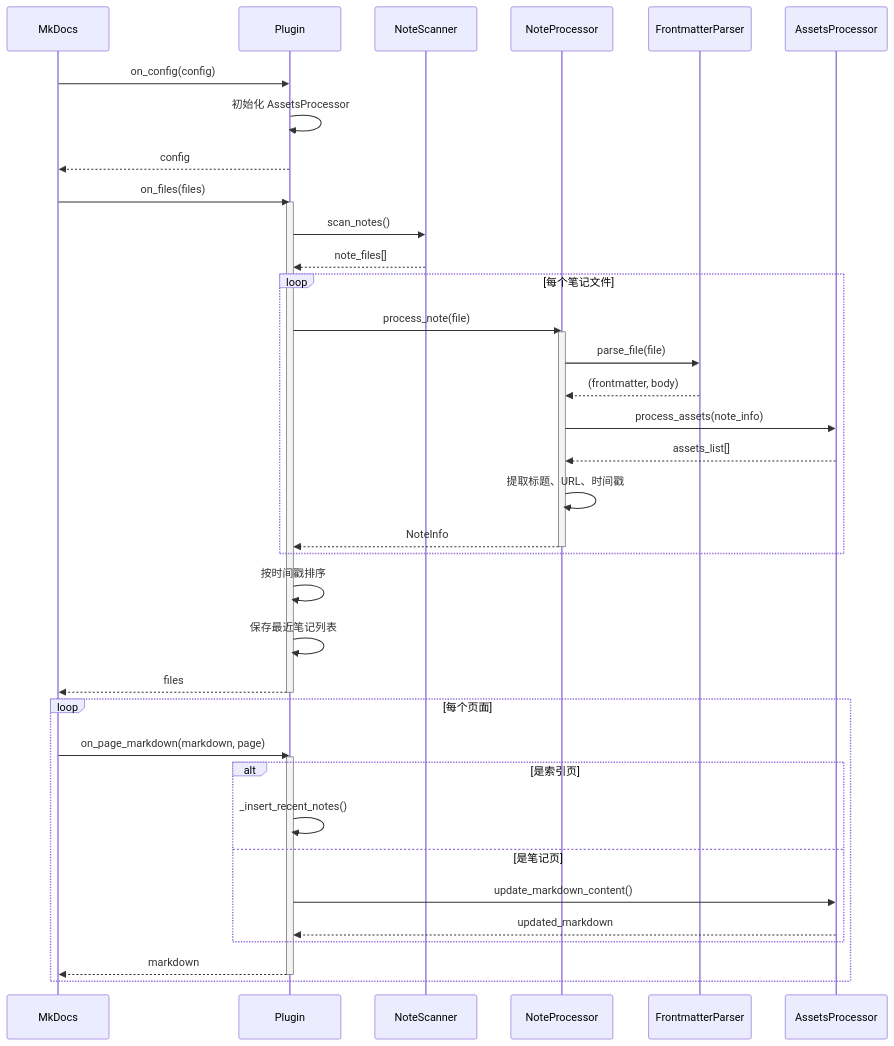
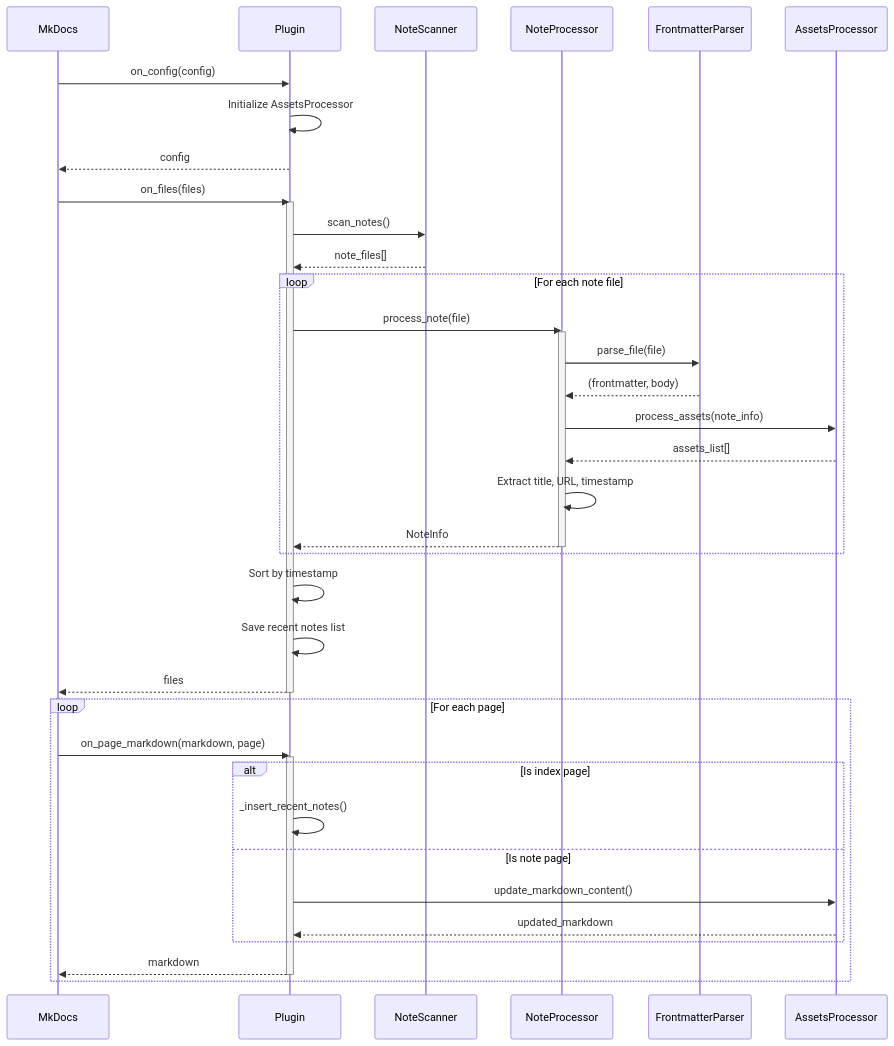
One commit to virtualguard101/mkdocs-note changed the seventh of 9 diagrams in docs/contributing/architecture.md. Above: the diagram before and after it, drawn with Mermaid. The commit also changed other lines of this file and 3 other files, not shown here.

````diff
--- a/docs/contributing/architecture.md
+++ b/docs/contributing/architecture.md
@@ -534,54 +524,54 @@
 ```mermaid
 sequenceDiagram
     participant MkDocs
     participant Plugin
     participant Scanner as NoteScanner
     participant Processor as NoteProcessor
     participant FMParser as FrontmatterParser
     participant AssetsProc as AssetsProcessor
     
     MkDocs->>Plugin: on_config(config)
-    Plugin->>Plugin: 初始化 AssetsProcessor
+    Plugin->>Plugin: Initialize AssetsProcessor
     Plugin-->>MkDocs: config
     
     MkDocs->>Plugin: on_files(files)
     activate Plugin
     
     Plugin->>Scanner: scan_notes()
     Scanner-->>Plugin: note_files[]
     
-    loop 每个笔记文件
+    loop For each note file
         Plugin->>Processor: process_note(file)
         activate Processor
         
         Processor->>FMParser: parse_file(file)
         FMParser-->>Processor: (frontmatter, body)
         
         Processor->>AssetsProc: process_assets(note_info)
         AssetsProc-->>Processor: assets_list[]
         
-        Processor->>Processor: 提取标题、URL、时间戳
+        Processor->>Processor: Extract title, URL, timestamp
         Processor-->>Plugin: NoteInfo
         deactivate Processor
     end
     
-    Plugin->>Plugin: 按时间戳排序
-    Plugin->>Plugin: 保存最近笔记列表
+    Plugin->>Plugin: Sort by timestamp
+    Plugin->>Plugin: Save recent notes list
     Plugin-->>MkDocs: files
     deactivate Plugin
     
-    loop 每个页面
+    loop For each page
         MkDocs->>Plugin: on_page_markdown(markdown, page)
         activate Plugin
         
-        alt 是索引页
+        alt Is index page
             Plugin->>Plugin: _insert_recent_notes()
-        else 是笔记页
+        else Is note page
             Plugin->>AssetsProc: update_markdown_content()
             AssetsProc-->>Plugin: updated_markdown
         end
         
         Plugin-->>MkDocs: markdown
         deactivate Plugin
     end
 ```
````
